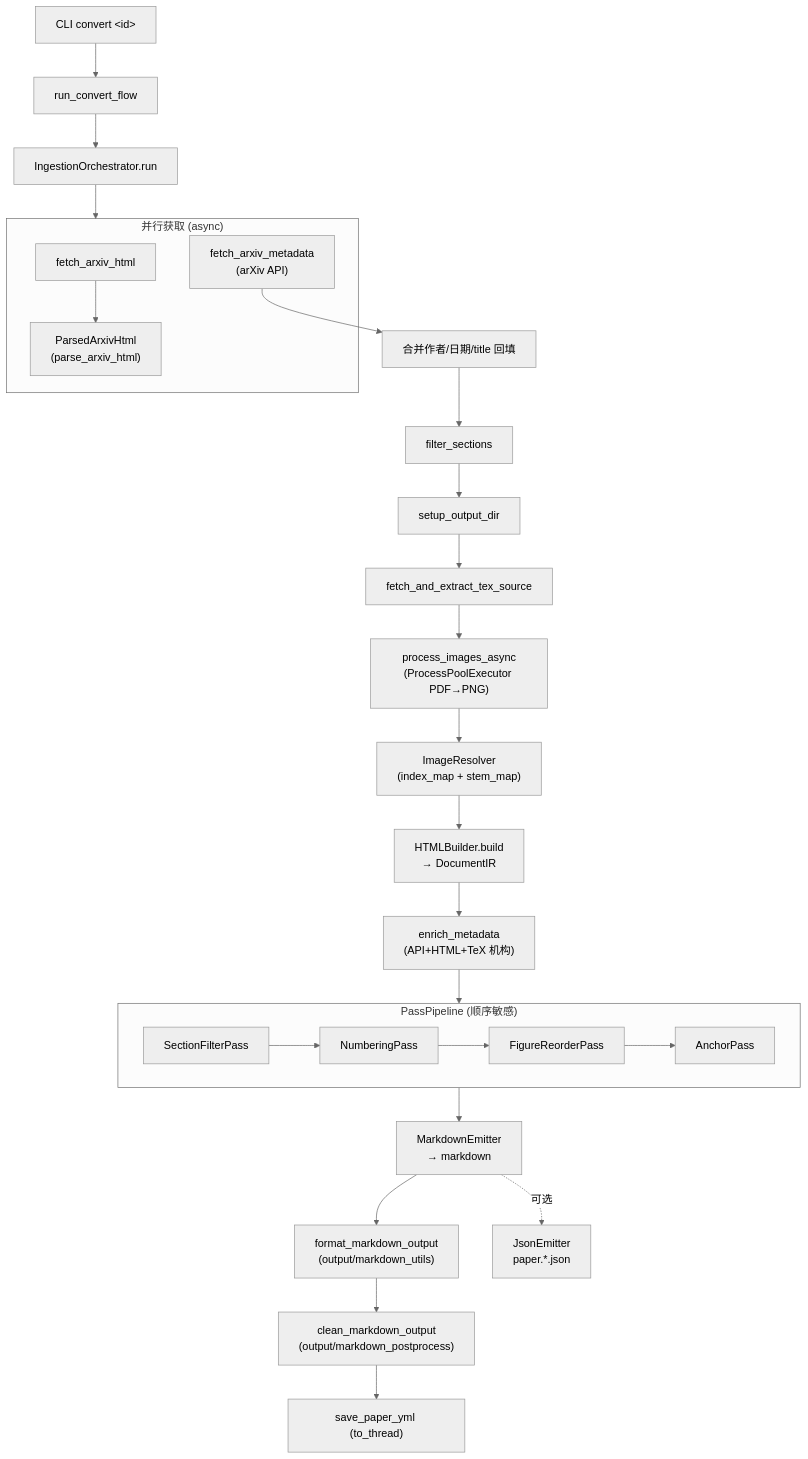
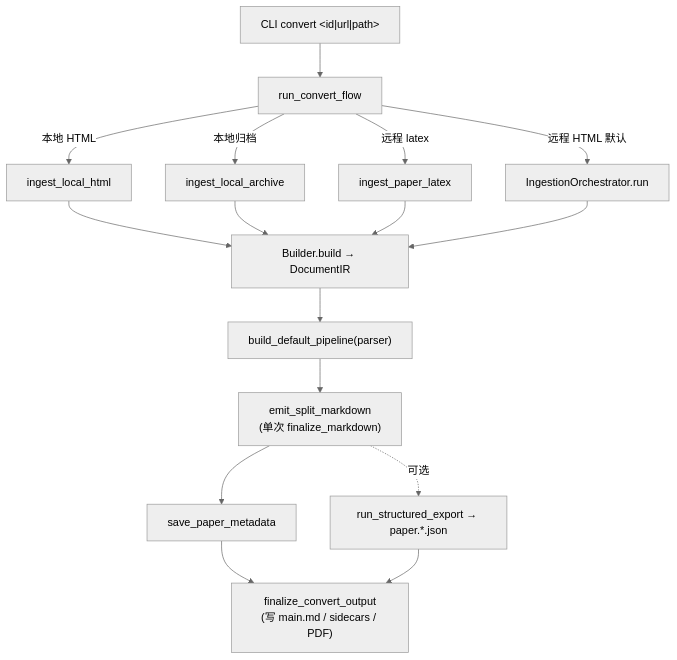
Before and after one commit to houhuawei23/arxiv2md: the diagram in docs/architecture.md, drawn with Mermaid (neutral theme). The commit also changed other lines of this file and 6 other files, not shown here.

First line of the commit message:
docs: rewrite architecture/pipeline docs + final regression (Phase 12)

````diff
--- a/docs/architecture.md
+++ b/docs/architecture.md
@@ -21,32 +34,20 @@
 ```mermaid
 flowchart TD
-    CLI["CLI convert &lt;id&gt;"] --> Router["run_convert_flow"]
-    Router --> Orch["IngestionOrchestrator.run"]
+    CLI["CLI convert &lt;id|url|path&gt;"] --> Router["run_convert_flow"]
+    Router -->|本地 HTML| LH["ingest_local_html"]
+    Router -->|本地归档| LA["ingest_local_archive"]
+    Router -->|远程 latex| LL["ingest_paper_latex"]
+    Router -->|远程 HTML 默认| ORC["IngestionOrchestrator.run"]
 
-    subgraph Fetch["并行获取 (async)"]
-        H["fetch_arxiv_html"] --> Parsed["ParsedArxivHtml\n(parse_arxiv_html)"]
-        M["fetch_arxiv_metadata\n(arXiv API)"]
-    end
-    Orch --> Fetch
-    M --> Merge["合并作者/日期/title 回填"]
+    LH --> Build["Builder.build → DocumentIR"]
+    LA --> Build
+    LL --> Build
+    ORC --> Build
 
-    Merge --> Filter["filter_sections"]
-    Filter --> OutDir["setup_output_dir"]
-    OutDir --> Tex["fetch_and_extract_tex_source"]
-    Tex --> Img["process_images_async\n(ProcessPoolExecutor PDF→PNG)"]
-    Img --> Resolver["ImageResolver\n(index_map + stem_map)"]
-
-    Resolver --> Build["HTMLBuilder.build\n→ DocumentIR"]
-    Build --> Enrich["enrich_metadata\n(API+HTML+TeX 机构)"]
-    Enrich --> Passes["PassPipeline"]
-    subgraph Passes["PassPipeline (顺序敏感)"]
-        P1["SectionFilterPass"] --> P2["NumberingPass"]
-        P2 --> P3["FigureReorderPass"]
-        P3 --> P4["AnchorPass"]
-    end
-    Passes --> Emit["MarkdownEmitter\n→ markdown"]
-    Emit --> Util["format_markdown_output\n(output/markdown_utils)"]
-    Util --> Post["clean_markdown_output\n(output/markdown_postprocess)"]
-    Post --> Yml["save_paper_yml (to_thread)"]
-    Emit -.可选.-> Json["JsonEmitter\npaper.*.json"]
+    Build --> Pipe["build_default_pipeline(parser)"]
+    Pipe --> Emit["emit_split_markdown\n(单次 finalize_markdown)"]
+    Emit --> Save["save_paper_metadata"]
+    Emit -.可选.-> Json["run_structured_export → paper.*.json"]
+    Save --> Fin["finalize_convert_output\n(写 main.md / sidecars / PDF)"]
+    Json --> Fin
 ```
````
